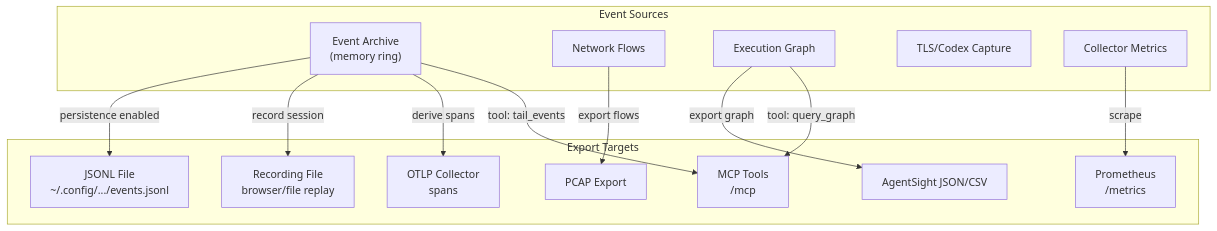
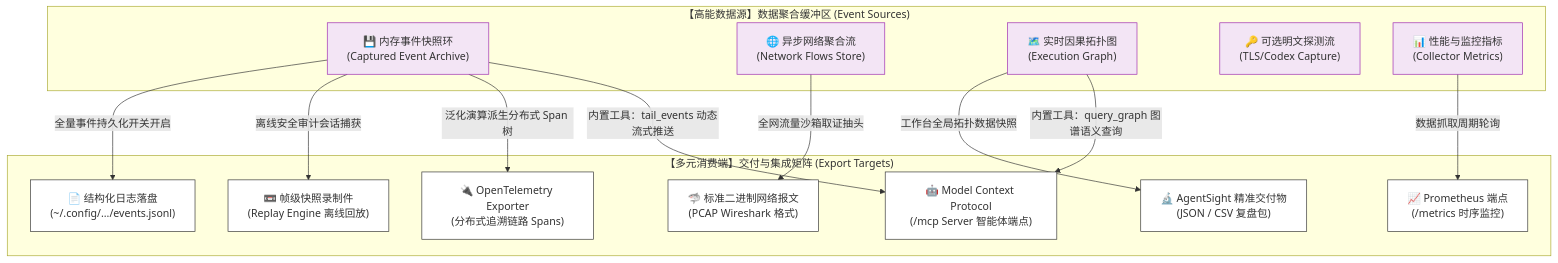
The sixth of 6 diagrams in docs/architecture/data-flow.md (stevessr/agent-ebpf-filter), drawn with Mermaid before and after one commit. The commit also changed other lines of this file and 3 other files, not shown here.

First line of the commit message:
docs: Enhance protocol events and runtime boundaries documentation

````diff
--- a/docs/architecture/data-flow.md
+++ b/docs/architecture/data-flow.md
@@ -227,29 +226,35 @@
 ```mermaid
 graph TB
-    subgraph "Event Sources"
-        Archive["Event Archive<br/>(memory ring)"]
-        Flows["Network Flows"]
-        Graph["Execution Graph"]
-        TLS["TLS/Codex Capture"]
-        Metrics["Collector Metrics"]
+    %% 样式精细化
+    classDef srcCls fill:#f3e5f5,stroke:#9c27b0,stroke-width:1px;
+    classDef tgtCls fill:#ffffff,stroke:#333,stroke-width:1px;
+
+    subgraph Src_Block ["【高能数据源】数据聚合缓冲区 (Event Sources)"]
+        Archive["💾 内存事件快照环<br/>(Captured Event Archive)"]:::srcCls
+        Flows["🌐 异步网络聚合流<br/>(Network Flows Store)"]:::srcCls
+        Graph["🗺️ 实时因果拓扑图<br/>(Execution Graph)"]:::srcCls
+        TLS["🔑 可选明文探测流<br/>(TLS/Codex Capture)"]:::srcCls
+        Metrics["📊 性能与监控指标<br/>(Collector Metrics)"]:::srcCls
     end
-    
-    subgraph "Export Targets"
-        JSONL["JSONL File<br/>~/.config/.../events.jsonl"]
-        Recording["Recording File<br/>browser/file replay"]
-        PCAP["PCAP Export"]
-        AgentSight["AgentSight JSON/CSV"]
-        OTLP["OTLP Collector<br/>spans"]
-        Prometheus["Prometheus<br/>/metrics"]
-        MCP["MCP Tools<br/>/mcp"]
+
+    subgraph Tgt_Block ["【多元消费端】交付与集成矩阵 (Export Targets)"]
+        JSONL["📄 结构化日志落盘<br/>(~/.config/.../events.jsonl)"]:::tgtCls
+        Recording["📼 帧级快照录制件<br/>(Replay Engine 离线回放)"]:::tgtCls
+        PCAP["🦈 标准二进制网络报文<br/>(PCAP Wireshark 格式)"]:::tgtCls
+        AgentSight["🔬 AgentSight 精准交付物<br/>(JSON / CSV 复盘包)"]:::tgtCls
+        OTLP["🔌 OpenTelemetry Exporter<br/>(分布式追溯链路 Spans)"]:::tgtCls
+        Prometheus["📈 Prometheus 端点<br/>(/metrics 时序监控)"]:::tgtCls
+        MCP["🤖 Model Context Protocol<br/>(/mcp Server 智能体端点)"]:::tgtCls
     end
-    
-    Archive -->|persistence enabled| JSONL
-    Archive -->|record session| Recording
-    Flows -->|export flows| PCAP
-    Graph -->|export graph| AgentSight
-    Archive -->|derive spans| OTLP
-    Metrics -->|scrape| Prometheus
-    Archive -->|tool: tail_events| MCP
-    Graph -->|tool: query_graph| MCP
+
+    %% 流向绑定
+    Archive -->|全量事件持久化开关开启| JSONL
+    Archive -->|离线安全审计会话捕获| Recording
+    Flows -->|全网流量沙箱取证抽头| PCAP
+    Graph -->|工作台全局拓扑数据快照| AgentSight
+    Archive -->|泛化演算派生分布式 Span 树| OTLP
+    Metrics -->|数据抓取周期轮询| Prometheus
+    Archive -->|内置工具：tail_events 动态流式推送| MCP
+    Graph -->|内置工具：query_graph 图谱语义查询| MCP
+
 ```
````
